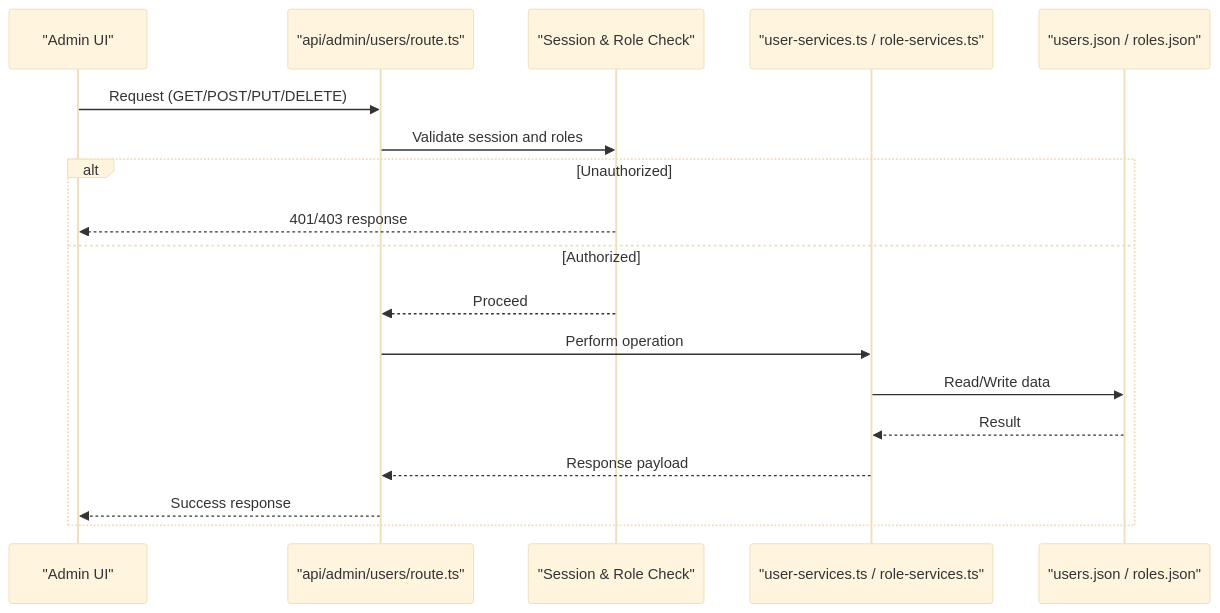
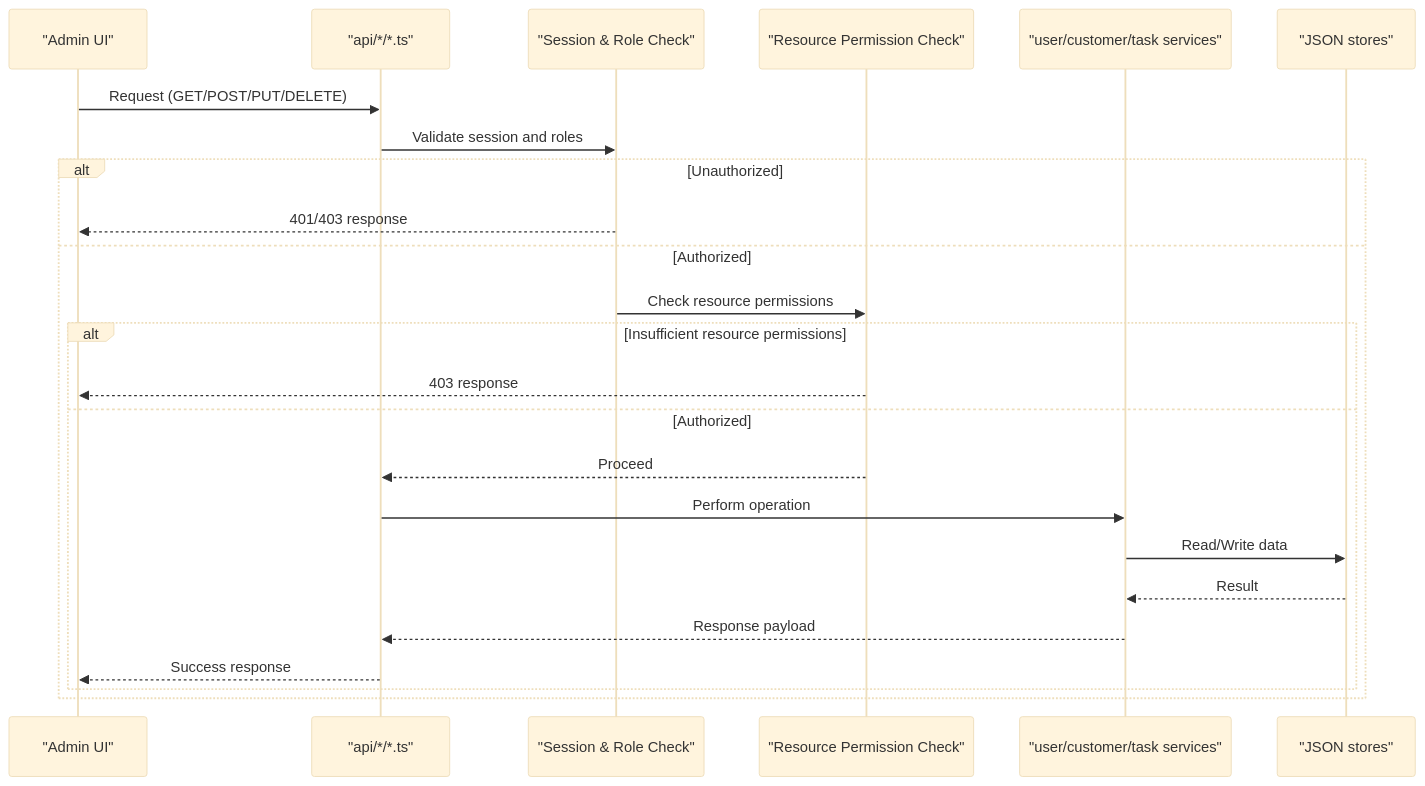
Before and after one commit to ngothanhtung/claude-code-shadcn-dashboard: the sixth of 8 diagrams in .qoder/repowiki/en/content/Authentication & Authorization/Role-Based Access Control/Role-Based Access Control.md, drawn with Mermaid (base theme). The commit also changed other lines of this file and 165 other files, not shown here.

````diff
--- a/.qoder/repowiki/en/content/Authentication & Authorization/Role-Based Access Control/Role-Based Access Control.md
+++ b/.qoder/repowiki/en/content/Authentication & Authorization/Role-Based Access Control/Role-Based Access Control.md
@@ -334,20 +427,26 @@
 ```mermaid
 sequenceDiagram
 participant Client as "Admin UI"
-participant Route as "api/admin/users/route.ts"
+participant Route as "api/*/*.ts"
 participant Guard as "Session & Role Check"
-participant Service as "user-services.ts / role-services.ts"
-participant Store as "users.json / roles.json"
+participant ResourceGuard as "Resource Permission Check"
+participant Service as "user/customer/task services"
+participant Store as "JSON stores"
 Client->>Route : Request (GET/POST/PUT/DELETE)
 Route->>Guard : Validate session and roles
 alt Unauthorized
 Guard-->>Client : 401/403 response
 else Authorized
-Guard-->>Route : Proceed
+Guard->>ResourceGuard : Check resource permissions
+alt Insufficient resource permissions
+ResourceGuard-->>Client : 403 response
+else Authorized
+ResourceGuard-->>Route : Proceed
 Route->>Service : Perform operation
 Service->>Store : Read/Write data
 Store-->>Service : Result
 Service-->>Route : Response payload
 Route-->>Client : Success response
 end
+end
 ```
````
